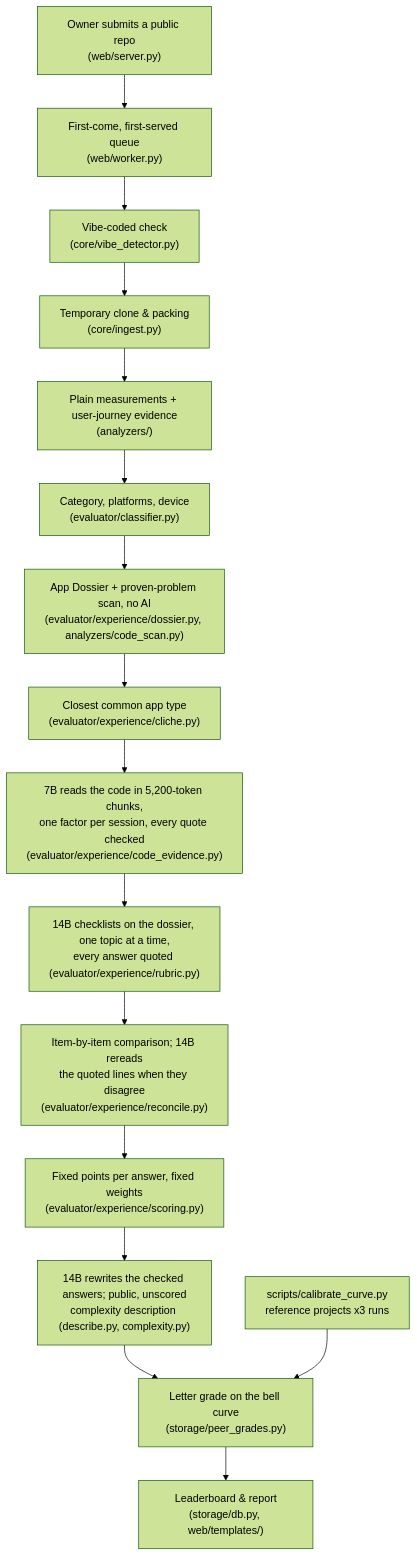
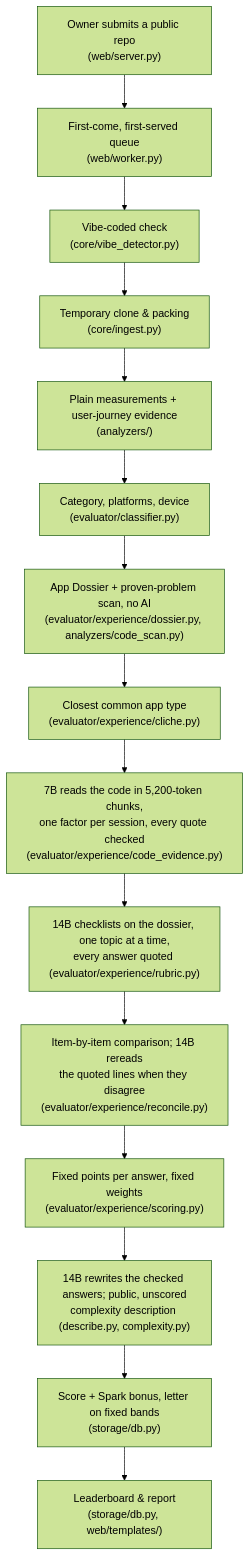
Before and after one commit to Todd0042/letsvibe: the diagram in README.md, drawn with Mermaid (forest theme). The commit also changed other lines of this file and 19 other files, not shown here.

````diff
--- a/README.md
+++ b/README.md
@@ -190,18 +185,17 @@
 ```mermaid
 flowchart TB
     Submit["Owner submits a public repo<br/>(web/server.py)"] --> Queue["First-come, first-served queue<br/>(web/worker.py)"]
     Queue --> Vibe["Vibe-coded check<br/>(core/vibe_detector.py)"]
     Vibe --> Ingest["Temporary clone & packing<br/>(core/ingest.py)"]
     Ingest --> Measure["Plain measurements + user-journey evidence<br/>(analyzers/)"]
     Measure --> Classify["Category, platforms, device<br/>(evaluator/classifier.py)"]
     Classify --> Dossier["App Dossier + proven-problem scan, no AI<br/>(evaluator/experience/dossier.py, analyzers/code_scan.py)"]
     Dossier --> Cliche["Closest common app type<br/>(evaluator/experience/cliche.py)"]
     Cliche --> Code["7B reads the code in 5,200-token chunks,<br/>one factor per session, every quote checked<br/>(evaluator/experience/code_evidence.py)"]
     Code --> Rubric["14B checklists on the dossier, one topic at a time,<br/>every answer quoted (evaluator/experience/rubric.py)"]
     Rubric --> Compare["Item-by-item comparison; 14B rereads<br/>the quoted lines when they disagree<br/>(evaluator/experience/reconcile.py)"]
     Compare --> Score["Fixed points per answer, fixed weights<br/>(evaluator/experience/scoring.py)"]
     Score --> Describe["14B rewrites the checked answers; public, unscored<br/>complexity description (describe.py, complexity.py)"]
-    Describe --> Curve["Letter grade on the bell curve<br/>(storage/peer_grades.py)"]
-    Curve --> Board["Leaderboard & report<br/>(storage/db.py, web/templates/)"]
-    Calib["scripts/calibrate_curve.py<br/>reference projects x3 runs"] --> Curve
+    Describe --> Grade["Score + Spark bonus, letter on fixed bands<br/>(storage/db.py)"]
+    Grade --> Board["Leaderboard & report<br/>(storage/db.py, web/templates/)"]
 ```
````
